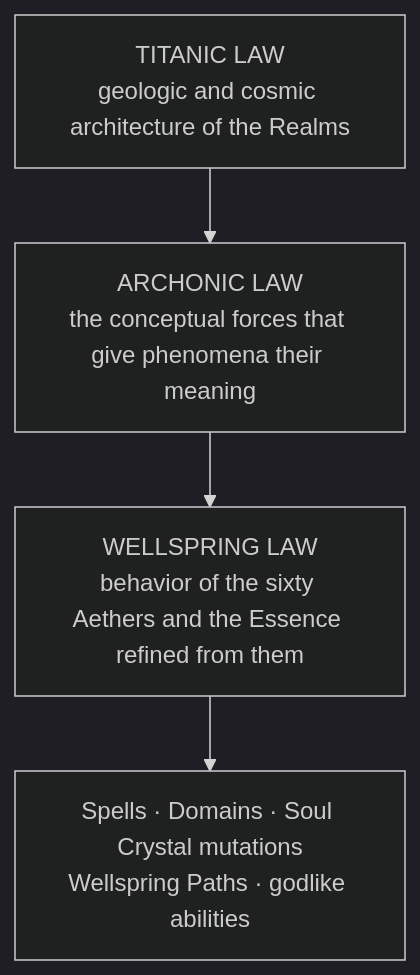
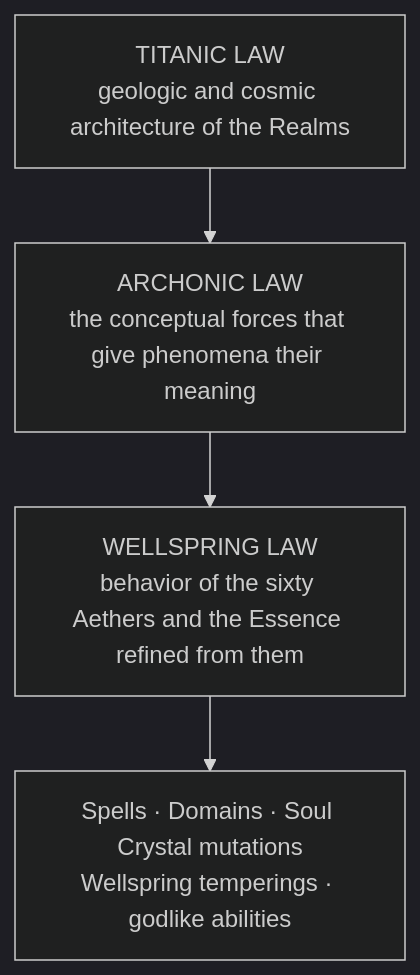
Before and after one commit to vispotvision/wotr-rule-index: the third of 3 diagrams in wiki/Cosmology & Metaphysics/Faith and the Powers Above/The Fourteen Archons/The Fourteen Archons.md, drawn with Mermaid (dark theme). The commit also changed other lines of this file and 114 other files, not shown here.

````diff
--- a/wiki/Cosmology & Metaphysics/Faith and the Powers Above/The Fourteen Archons/The Fourteen Archons.md
+++ b/wiki/Cosmology & Metaphysics/Faith and the Powers Above/The Fourteen Archons/The Fourteen Archons.md
@@ -152,8 +152,8 @@
 ```mermaid
 flowchart TD
     T["TITANIC LAW<br>geologic and cosmic architecture of the Realms"]
     A["ARCHONIC LAW<br>the conceptual forces that give phenomena their meaning"]
     W["WELLSPRING LAW<br>behavior of the sixty Aethers and the Essence refined from them"]
     T --> A --> W
-    W --> X["Spells · Domains · Soul Crystal mutations<br>Wellspring Paths · godlike abilities"]
+    W --> X["Spells · Domains · Soul Crystal mutations<br>Wellspring temperings · godlike abilities"]
 ```
````
